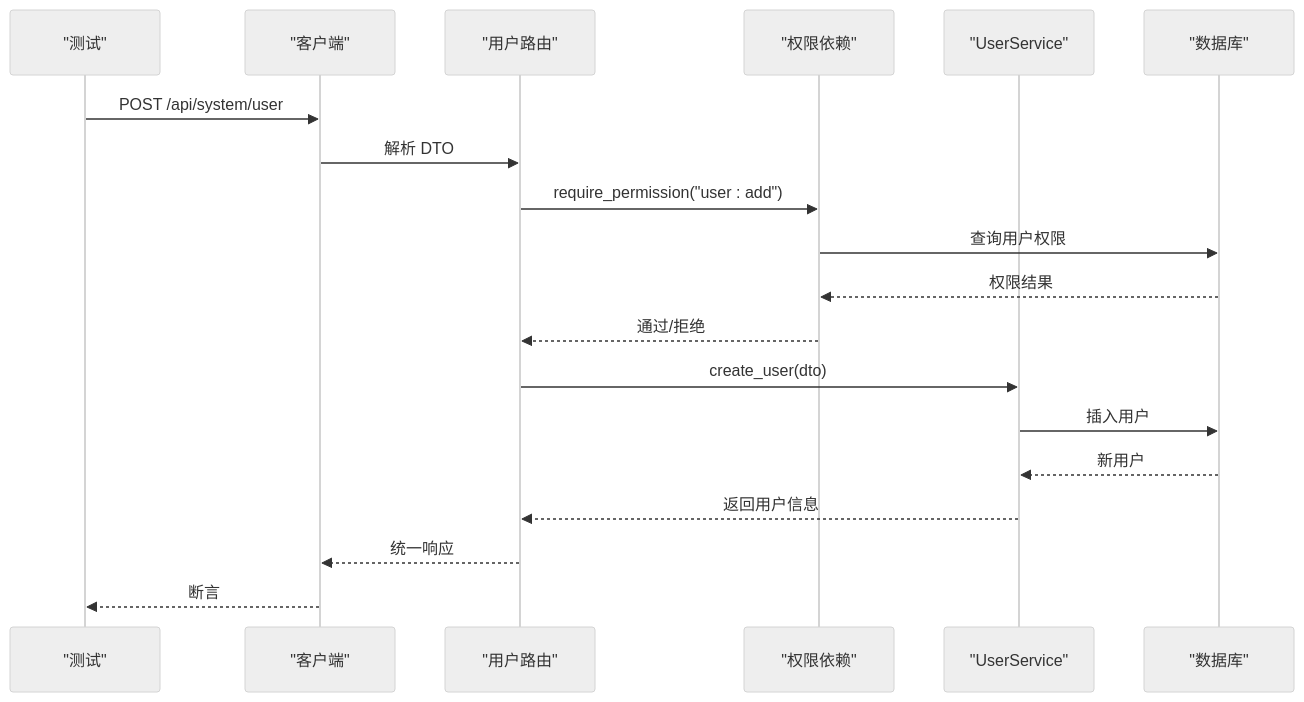
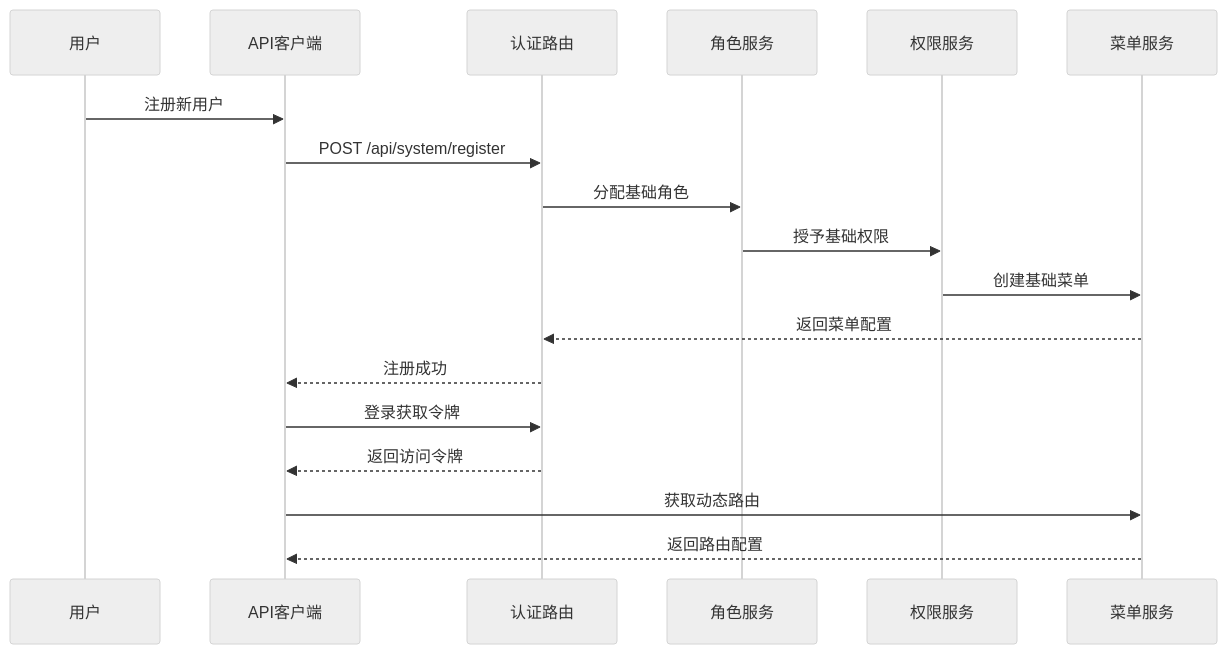
The ninth of 12 diagrams in .qoder/repowiki/zh/content/测试策略/集成测试.md (taoweidong/Hello-FastApi), drawn with Mermaid (neutral theme) before and after one commit. The commit also changed other lines of this file and 61 other files, not shown here.

````diff
--- a/.qoder/repowiki/zh/content/测试策略/集成测试.md
+++ b/.qoder/repowiki/zh/content/测试策略/集成测试.md
@@ -227,21 +341,20 @@
 ```mermaid
 sequenceDiagram
-participant T as "测试"
-participant C as "客户端"
-participant R as "用户路由"
-participant D as "权限依赖"
-participant S as "UserService"
-participant DB as "数据库"
-T->>C : POST /api/system/user
-C->>R : 解析 DTO
-R->>D : require_permission("user : add")
-D->>DB : 查询用户权限
-DB-->>D : 权限结果
-D-->>R : 通过/拒绝
-R->>S : create_user(dto)
-S->>DB : 插入用户
-DB-->>S : 新用户
-S-->>R : 返回用户信息
-R-->>C : 统一响应
-C-->>T : 断言
+participant U as 用户
+participant AC as API客户端
+participant AR as 认证路由
+participant RS as 角色服务
+participant PS as 权限服务
+participant MS as 菜单服务
+U->>AC : 注册新用户
+AC->>AR : POST /api/system/register
+AR->>RS : 分配基础角色
+RS->>PS : 授予基础权限
+PS->>MS : 创建基础菜单
+MS-->>AR : 返回菜单配置
+AR-->>AC : 注册成功
+AC->>AR : 登录获取令牌
+AR-->>AC : 返回访问令牌
+AC->>MS : 获取动态路由
+MS-->>AC : 返回路由配置
 ```
````
